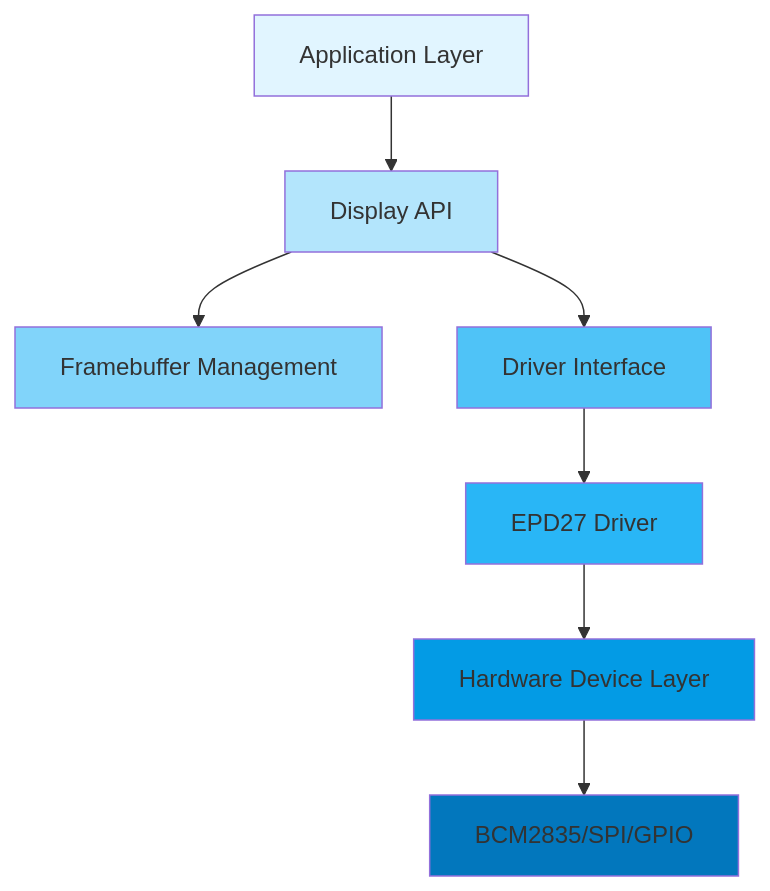
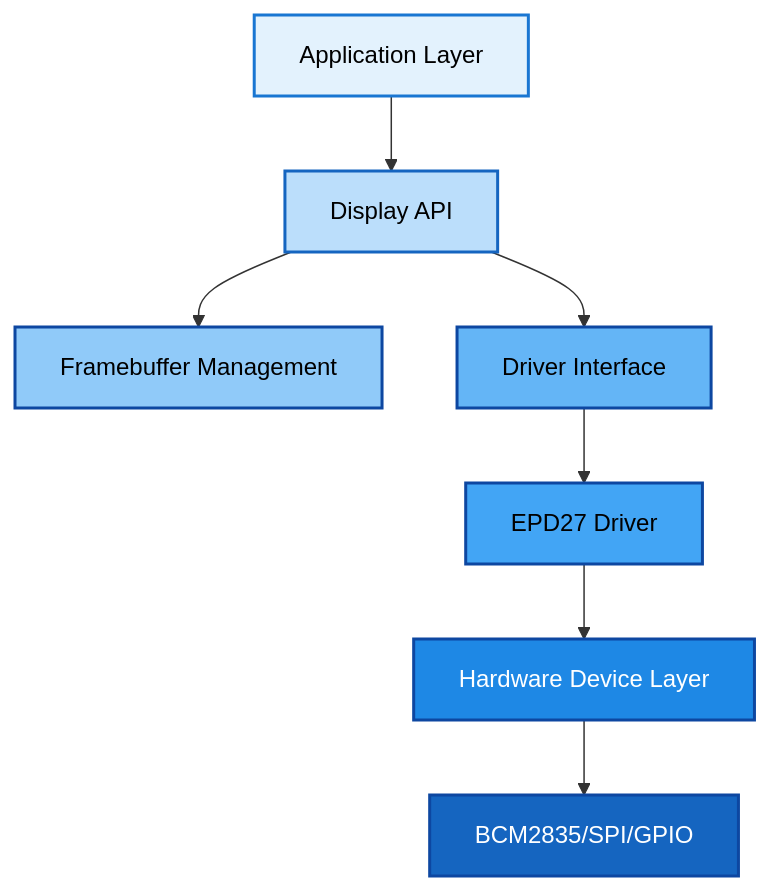
One commit to johanns/libepaper changed the first of 12 diagrams in docs/ARCHITECTURE.md. Above: the diagram before and after it, drawn with Mermaid. The commit also changed other lines of this file and 3 other files, not shown here.

````diff
--- a/docs/ARCHITECTURE.md
+++ b/docs/ARCHITECTURE.md
@@ -54,17 +54,17 @@
 ```mermaid
 graph TD
     A[Application Layer] --> B[Display API]
     B --> C[Framebuffer Management]
     B --> D[Driver Interface]
     D --> E[EPD27 Driver]
     E --> F[Hardware Device Layer]
     F --> G[BCM2835/SPI/GPIO]
 
-    style A fill:#e1f5ff
-    style B fill:#b3e5fc
-    style C fill:#81d4fa
-    style D fill:#4fc3f7
-    style E fill:#29b6f6
-    style F fill:#039be5
-    style G fill:#0277bd
+    style A fill:#e3f2fd,stroke:#1976d2,stroke-width:2px,color:#000
+    style B fill:#bbdefb,stroke:#1565c0,stroke-width:2px,color:#000
+    style C fill:#90caf9,stroke:#0d47a1,stroke-width:2px,color:#000
+    style D fill:#64b5f6,stroke:#0d47a1,stroke-width:2px,color:#000
+    style E fill:#42a5f5,stroke:#0d47a1,stroke-width:2px,color:#000
+    style F fill:#1e88e5,stroke:#0d47a1,stroke-width:2px,color:#fff
+    style G fill:#1565c0,stroke:#0d47a1,stroke-width:2px,color:#fff
 ```
````
